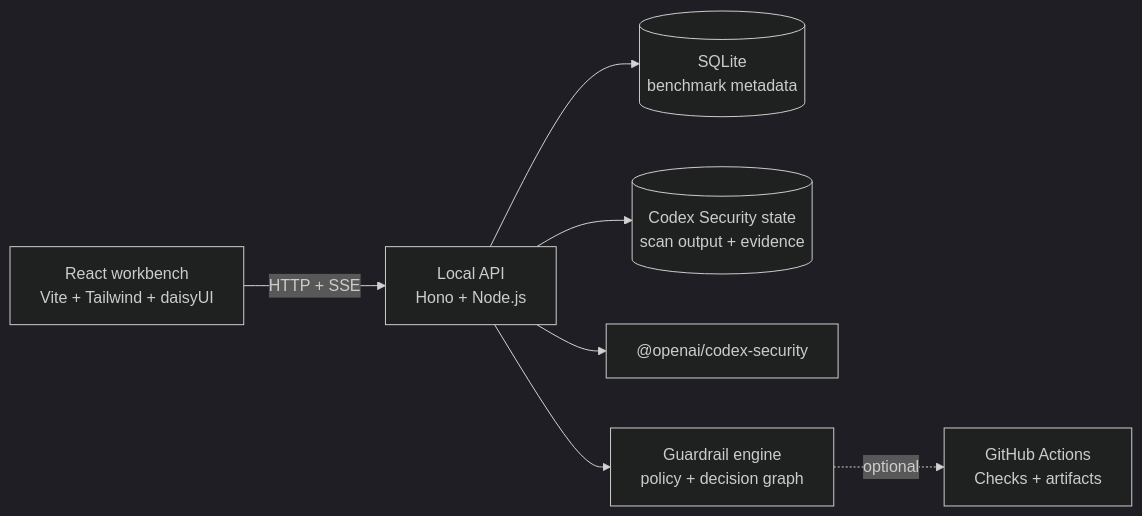
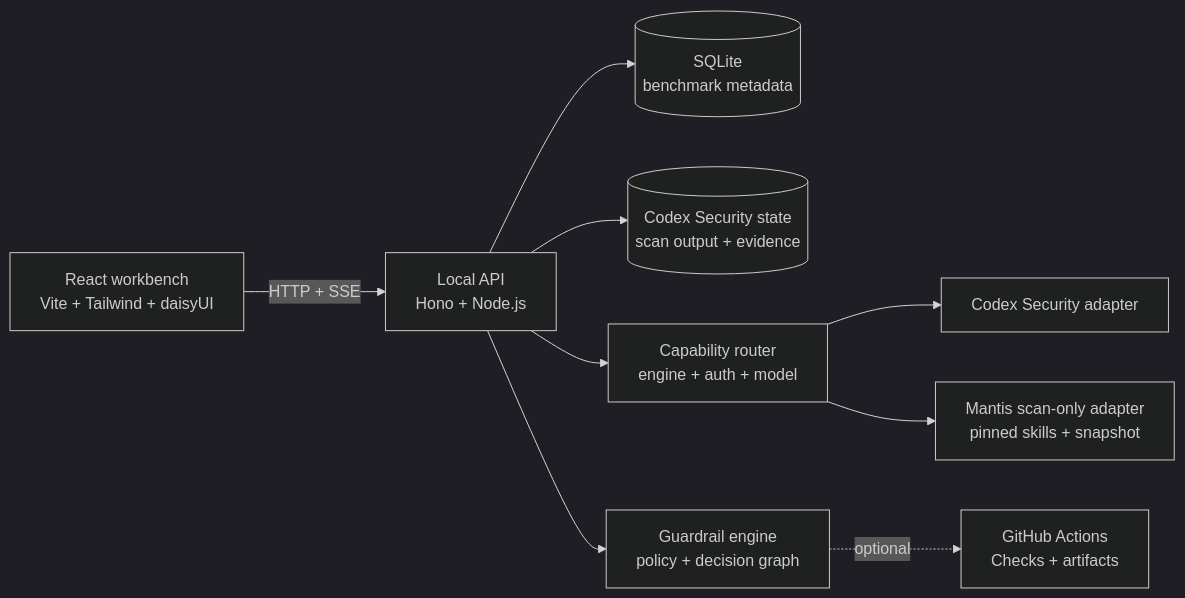
Before and after one commit to OkamiOps/okami-sentinel: the diagram in README.md, drawn with Mermaid (dark theme). The commit also changed other lines of this file and 35 other files, not shown here.

Commit message:
feat: add capability-aware scanner routing

````diff
--- a/README.md
+++ b/README.md
@@ -73,17 +87,21 @@
 ```mermaid
 flowchart LR
     UI["React workbench\nVite + Tailwind + daisyUI"]
     API["Local API\nHono + Node.js"]
     DB[("SQLite\nbenchmark metadata")]
     STATE[("Codex Security state\nscan output + evidence")]
-    SCANNER["@openai/codex-security"]
+    ROUTER["Capability router\nengine + auth + model"]
+    CODEXSEC["Codex Security adapter"]
+    MANTIS["Mantis scan-only adapter\npinned skills + snapshot"]
     GATE["Guardrail engine\npolicy + decision graph"]
     GH["GitHub Actions\nChecks + artifacts"]
 
     UI -->|HTTP + SSE| API
     API --> DB
     API --> STATE
-    API --> SCANNER
+    API --> ROUTER
+    ROUTER --> CODEXSEC
+    ROUTER --> MANTIS
     API --> GATE
     GATE -. optional .-> GH
 ```
````
